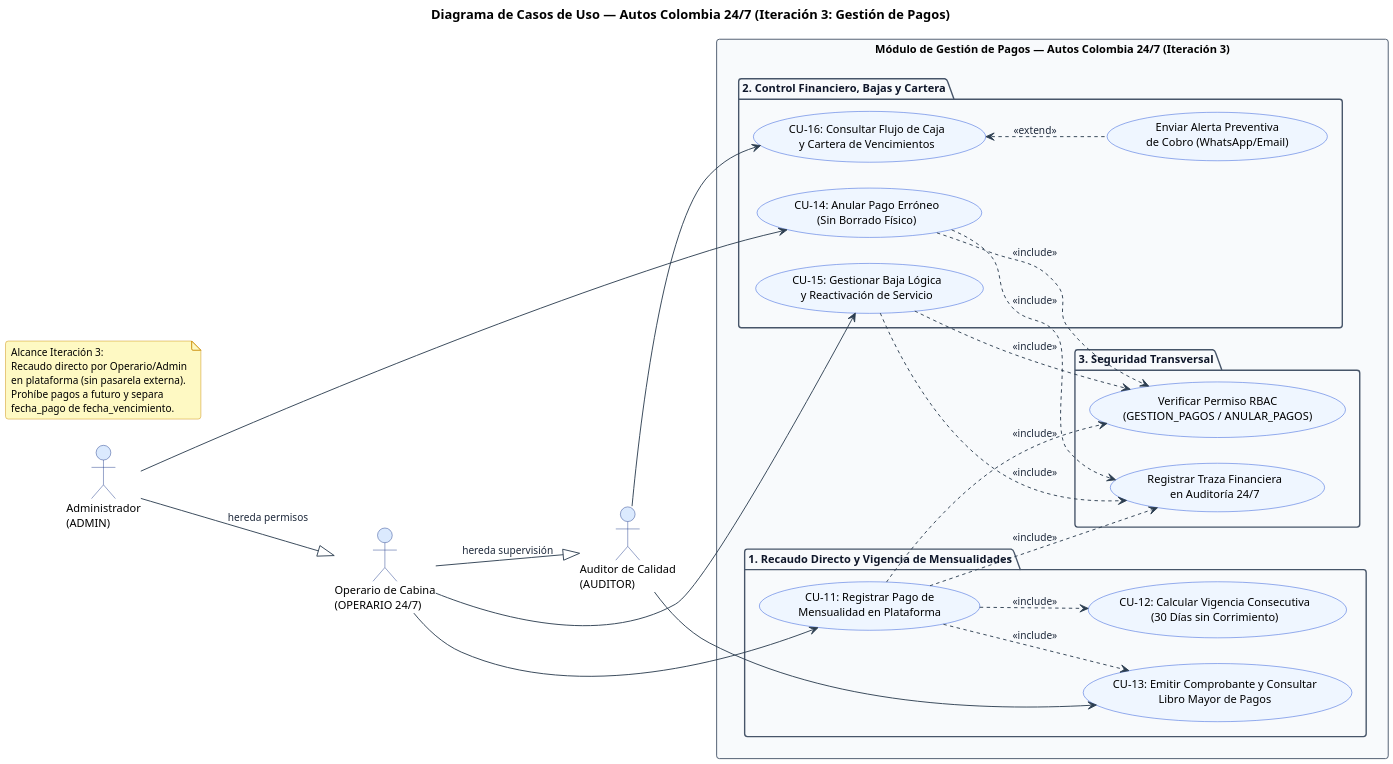
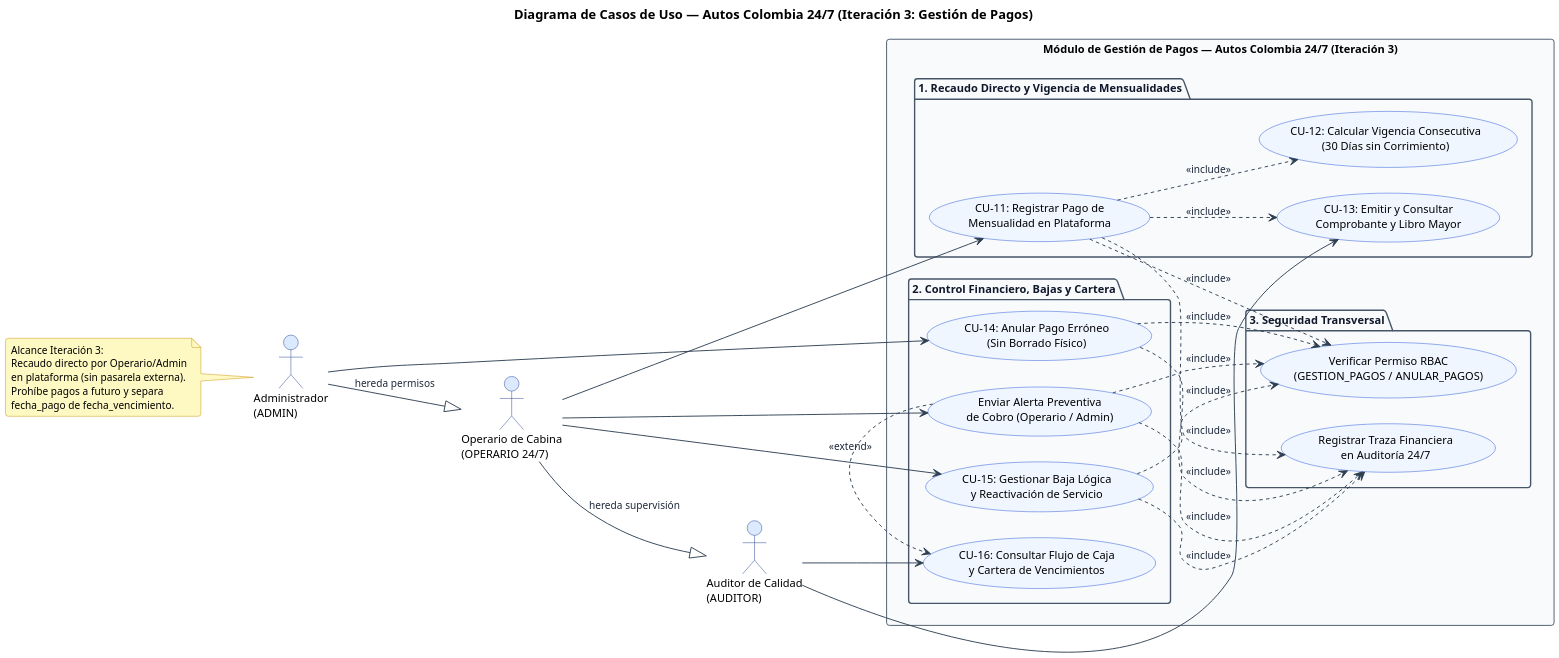
One commit to Camilo-Alberto-Palacio/autos-colombia-parqueadero changed the diagram in docs/diagramas/1_diagrama_casos_de_uso_pagos.puml. Above: the diagram before and after it, drawn with PlantUML. The commit also changed 23 other files, not shown here.

Commit message:
fix(iteracion-3): auditoria integral de pagos, timezone local, regresiones, UML y documentacion EA3

```diff
--- a/docs/diagramas/1_diagrama_casos_de_uso_pagos.puml
+++ b/docs/diagramas/1_diagrama_casos_de_uso_pagos.puml
@@ -1,78 +1,87 @@
 @startuml
 left to right direction
 
 skinparam backgroundColor #FFFFFF
 skinparam shadowing false
 skinparam dpi 180
 skinparam roundcorner 6
 skinparam defaultFontName "Segoe UI"
 skinparam defaultFontSize 12
 skinparam ArrowColor #2C3E50
 skinparam ArrowFontColor #1E293B
 skinparam ArrowFontSize 11
 skinparam PackageBorderColor #475569
 skinparam PackageBackgroundColor #F8FAFC
 skinparam PackageFontColor #0F172A
 skinparam NoteBackgroundColor #FEF9C3
 skinparam NoteBorderColor #CA8A04
 skinparam NoteFontSize 11
 skinparam UsecaseBackgroundColor #EFF6FF
 skinparam UsecaseBorderColor #1D4ED8
 skinparam ActorBorderColor #1E3A8A
 skinparam ActorBackgroundColor #DBEAFE
 
 skinparam nodesep 28
 skinparam ranksep 55
 title Diagrama de Casos de Uso — Autos Colombia 24/7 (Iteración 3: Gestión de Pagos)
 
 actor "Administrador\n(ADMIN)" as Admin
 actor "Operario de Cabina\n(OPERARIO 24/7)" as Operario
 actor "Auditor de Calidad\n(AUDITOR)" as Auditor
 
-' Generalización jerárquica RBAC entre actores (OMG UML 2.5)
+' Asociaciones limpias según jerarquía RBAC
 Admin -down-|> Operario : hereda permisos
 Operario -down-|> Auditor : hereda supervisión
 
 rectangle "Módulo de Gestión de Pagos — Autos Colombia 24/7 (Iteración 3)" {
 
   package "1. Recaudo Directo y Vigencia de Mensualidades" {
     usecase "CU-11: Registrar Pago de\nMensualidad en Plataforma" as CU11
     usecase "CU-12: Calcular Vigencia Consecutiva\n(30 Días sin Corrimiento)" as CU12
-    usecase "CU-13: Emitir Comprobante y Consultar\nLibro Mayor de Pagos" as CU13
+    usecase "CU-13: Emitir y Consultar\nComprobante y Libro Mayor" as CU13
   }
 
   package "2. Control Financiero, Bajas y Cartera" {
     usecase "CU-14: Anular Pago Erróneo\n(Sin Borrado Físico)" as CU14
     usecase "CU-15: Gestionar Baja Lógica\ny Reactivación de Servicio" as CU15
     usecase "CU-16: Consultar Flujo de Caja\ny Cartera de Vencimientos" as CU16
-    usecase "Enviar Alerta Preventiva\nde Cobro (WhatsApp/Email)" as UC_Alerta
+    usecase "Enviar Alerta Preventiva\nde Cobro (Operario / Admin)" as UC_Alerta
   }
 
   package "3. Seguridad Transversal" {
     usecase "Verificar Permiso RBAC\n(GESTION_PAGOS / ANULAR_PAGOS)" as UC_RBAC
     usecase "Registrar Traza Financiera\nen Auditoría 24/7" as UC_Audit
   }
 }
 
-' Asociaciones limpias según jerarquía RBAC
+' Asociaciones directas por rol
+Admin --> CU14
 Operario --> CU11
 Operario --> CU15
-Admin --> CU14
+Operario --> UC_Alerta
 Auditor --> CU13
 Auditor --> CU16
 
 ' Relaciones UML 2.5 obligatorias (<<include>>) y opcionales (<<extend>>)
 CU11 ..> CU12 : <<include>>
 CU11 ..> CU13 : <<include>>
 CU11 ..> UC_RBAC : <<include>>
 CU14 ..> UC_RBAC : <<include>>
 CU15 ..> UC_RBAC : <<include>>
+UC_Alerta ..> UC_RBAC : <<include>>
 
 CU11 ..> UC_Audit : <<include>>
 CU14 ..> UC_Audit : <<include>>
 CU15 ..> UC_Audit : <<include>>
+UC_Alerta ..> UC_Audit : <<include>>
 
-UC_Alerta .up.> CU16 : <<extend>>
+UC_Alerta .> CU16 : <<extend>>
 
-note "Alcance Iteración 3:\nRecaudo directo por Operario/Admin\nen plataforma (sin pasarela externa).\nProhíbe pagos a futuro y separa\nfecha_pago de fecha_vencimiento." as N_Alcance
+note left of Admin
+  Alcance Iteración 3:
+  Recaudo directo por Operario/Admin
+  en plataforma (sin pasarela externa).
+  Prohíbe pagos a futuro y separa
+  fecha_pago de fecha_vencimiento.
+end note
 @enduml
```
